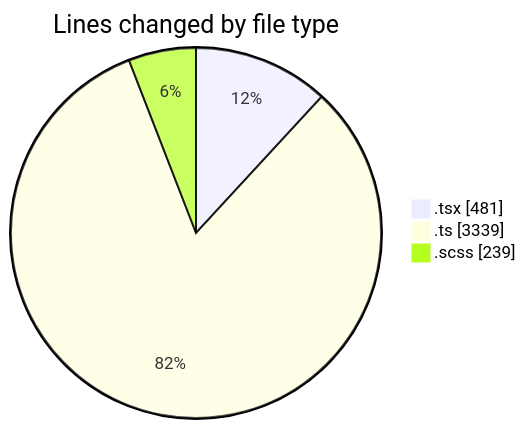
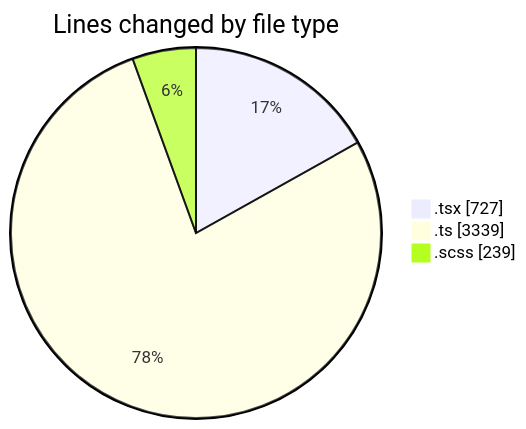
Before and after one commit to momahboobian/code-tracking: the first of 2 diagrams in 2025-09-17/cda/README.md, drawn with Mermaid. The commit also changed other lines of this file and 1 other file, not shown here.

````diff
--- a/2025-09-17/cda/README.md
+++ b/2025-09-17/cda/README.md
@@ -25,7 +25,7 @@
 ```mermaid
 pie showData
 title Lines changed by file type
-".tsx" : 481
+".tsx" : 727
 ".ts" : 3339
 ".scss" : 239
 ```
````
